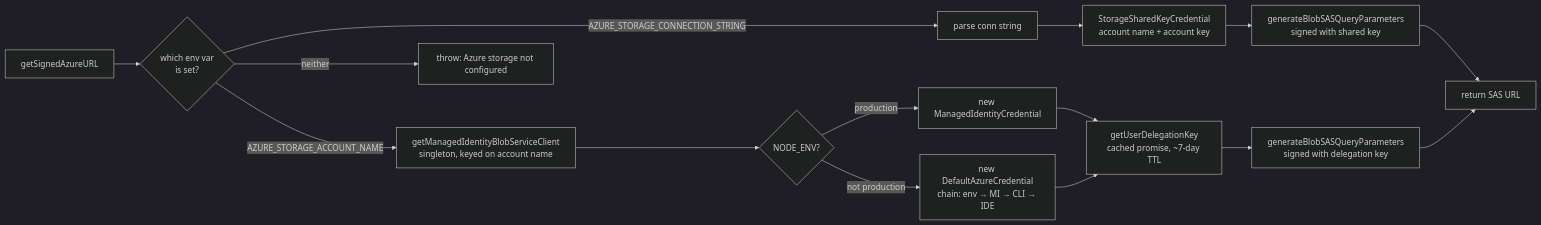
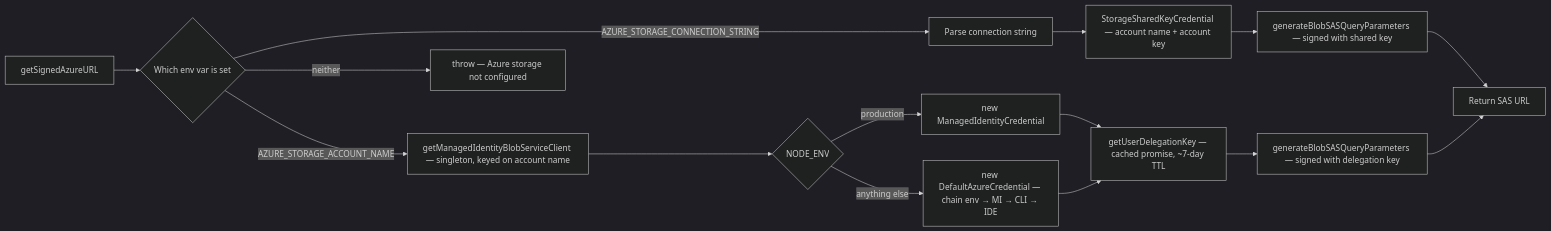
Before and after one commit to Falenos/LibreChat: the sixth of 7 diagrams in knauf/docs/reference/azure-blob-storage.md, drawn with Mermaid (dark theme). The commit also changed other lines of this file, not shown here.

First line of the commit message:
docs(knauf): KK20-167 fix mermaid parse errors in Azure flows doc

````diff
--- a/knauf/docs/reference/azure-blob-storage.md
+++ b/knauf/docs/reference/azure-blob-storage.md
@@ -267,19 +267,19 @@
 ```mermaid
 flowchart LR
-  A[getSignedAzureURL] --> B{which env var<br/>is set?}
-  B -- AZURE_STORAGE_CONNECTION_STRING --> C[parse conn string]
-  C --> D[StorageSharedKeyCredential<br/>account name + account key]
-  D --> E[generateBlobSASQueryParameters<br/>signed with shared key]
-  E --> Z[return SAS URL]
+  A["getSignedAzureURL"] --> B{"Which env var is set"}
+  B -- "AZURE_STORAGE_CONNECTION_STRING" --> C["Parse connection string"]
+  C --> D["StorageSharedKeyCredential — account name + account key"]
+  D --> E["generateBlobSASQueryParameters — signed with shared key"]
+  E --> Z["Return SAS URL"]
 
-  B -- AZURE_STORAGE_ACCOUNT_NAME --> F[getManagedIdentityBlobServiceClient<br/>singleton, keyed on account name]
-  F --> G{NODE_ENV?}
-  G -- production --> H[new ManagedIdentityCredential]
-  G -- not production --> I[new DefaultAzureCredential<br/>chain: env → MI → CLI → IDE]
-  H --> J[getUserDelegationKey<br/>cached promise, ~7-day TTL]
+  B -- "AZURE_STORAGE_ACCOUNT_NAME" --> F["getManagedIdentityBlobServiceClient — singleton, keyed on account name"]
+  F --> G{"NODE_ENV"}
+  G -- "production" --> H["new ManagedIdentityCredential"]
+  G -- "anything else" --> I["new DefaultAzureCredential — chain env → MI → CLI → IDE"]
+  H --> J["getUserDelegationKey — cached promise, ~7-day TTL"]
   I --> J
-  J --> K[generateBlobSASQueryParameters<br/>signed with delegation key]
+  J --> K["generateBlobSASQueryParameters — signed with delegation key"]
   K --> Z
 
-  B -- neither --> X[throw: Azure storage not configured]
+  B -- "neither" --> X["throw — Azure storage not configured"]
 ```
````
